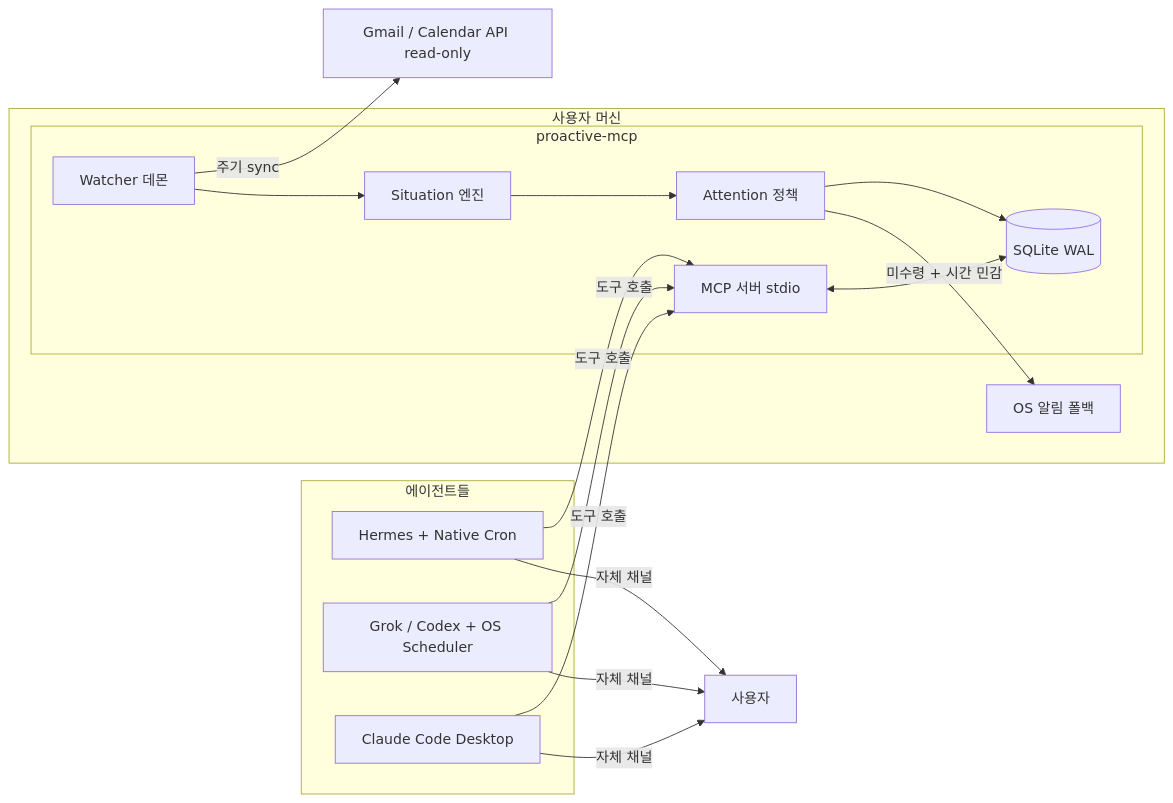
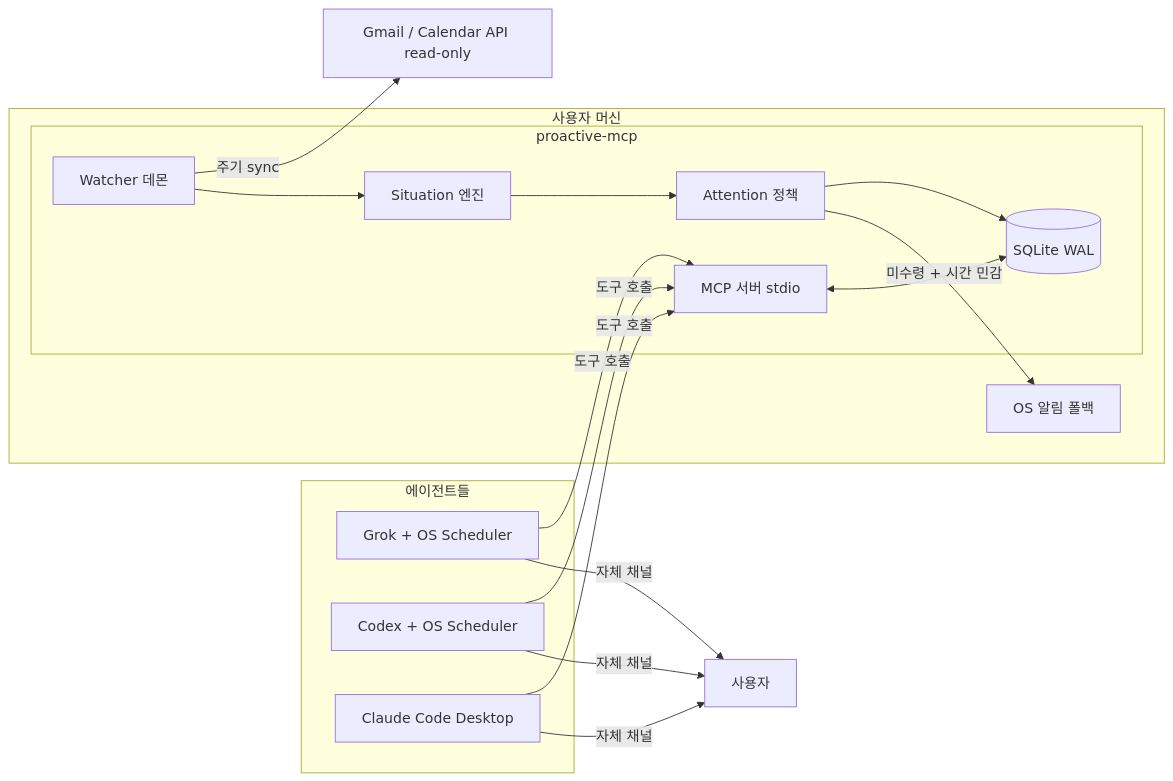
The diagram in docs/PRODUCT_PLAN.md (madrobotnet/proactive-mcp), drawn with Mermaid before and after one commit. The commit also changed other lines of this file and 6 other files, not shown here.

````diff
--- a/docs/PRODUCT_PLAN.md
+++ b/docs/PRODUCT_PLAN.md
@@ -61,25 +62,25 @@
 ```mermaid
 flowchart LR
     subgraph agents [에이전트들]
-        A1[Hermes + Native Cron]
-        A2[Grok / Codex + OS Scheduler]
+        A1[Grok + OS Scheduler]
+        A2[Codex + OS Scheduler]
         A3[Claude Code Desktop]
     end
     subgraph host [사용자 머신]
         subgraph pm [proactive-mcp]
             MCP[MCP 서버 stdio]
             D[Watcher 데몬]
             SE[Situation 엔진]
             AP[Attention 정책]
             DB[(SQLite WAL)]
         end
         T[OS 알림 폴백]
     end
     G[Gmail / Calendar API read-only]
     A1 & A2 & A3 -->|"도구 호출"| MCP
     MCP <--> DB
     D -->|"주기 sync"| G
     D --> SE --> AP --> DB
     AP -->|"미수령 + 시간 민감"| T
     A1 & A2 & A3 -->|"자체 채널"| U[사용자]
 ```
````
